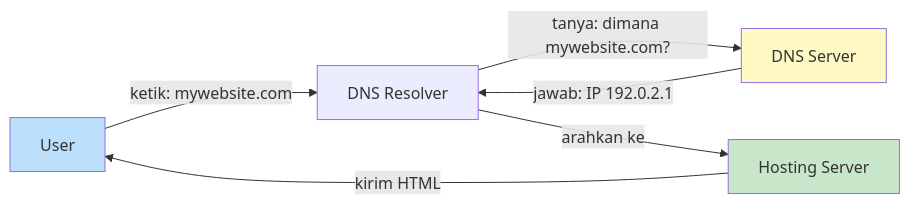
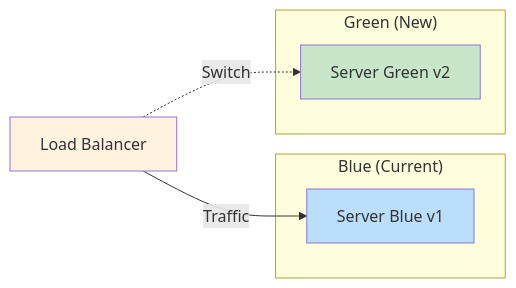
The third of 4 diagrams in 36-web-architecture/04-hosting-deploy.md (ant-joshua/rpl-ai-curriculum), drawn with Mermaid before and after one commit. The commit also changed other lines of this file and 80 other files, not shown here.

````diff
--- a/36-web-architecture/04-hosting-deploy.md
+++ b/36-web-architecture/04-hosting-deploy.md
@@ -122,11 +184,14 @@
 ```mermaid
 graph LR
-    A[User] -->|ketik: mywebsite.com| B[DNS Resolver]
-    B -->|tanya: dimana mywebsite.com?| C[DNS Server]
-    C -->|jawab: IP 192.0.2.1| B
-    B -->|arahkan ke| D[Hosting Server]
-    D -->|kirim HTML| A
-    style A fill:#bbdefb
-    style C fill:#fff9c4
-    style D fill:#c8e6c9
+    subgraph "Blue (Current)"
+        B[Server Blue v1]
+    end
+    subgraph "Green (New)"
+        G[Server Green v2]
+    end
+    LB[Load Balancer] -->|Traffic| B
+    LB -.->|Switch| G
+    style LB fill:#fff3e0
+    style B fill:#bbdefb
+    style G fill:#c8e6c9
 ```
````
